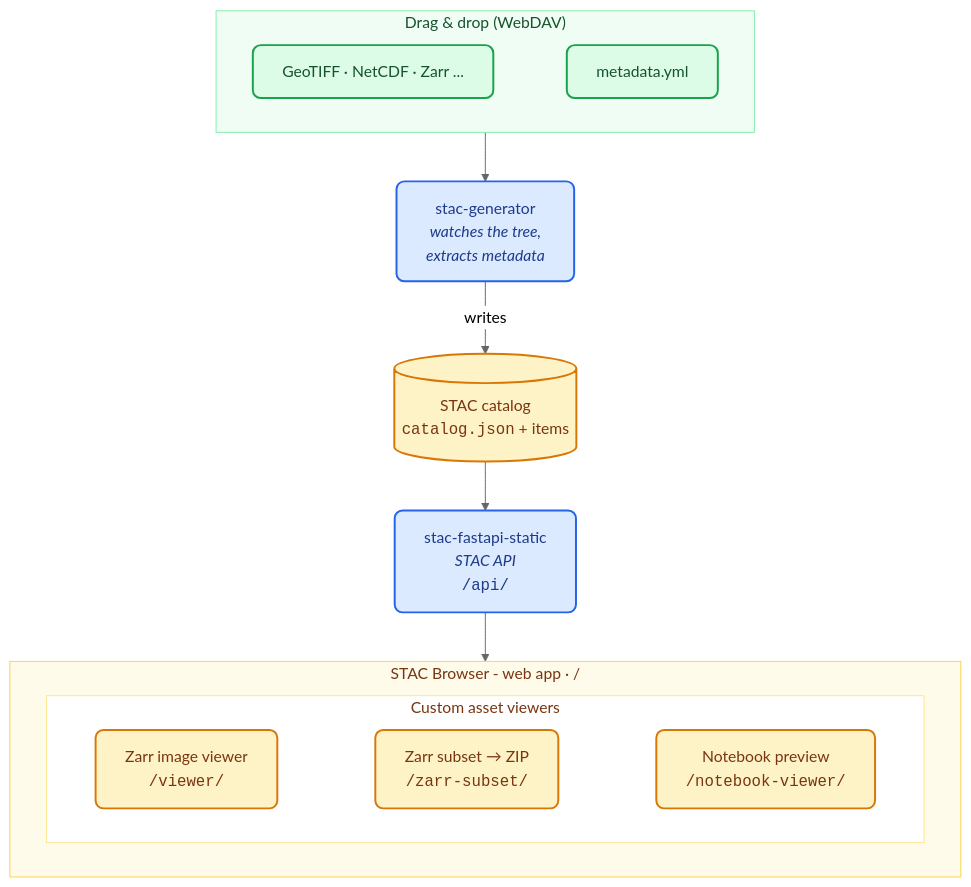
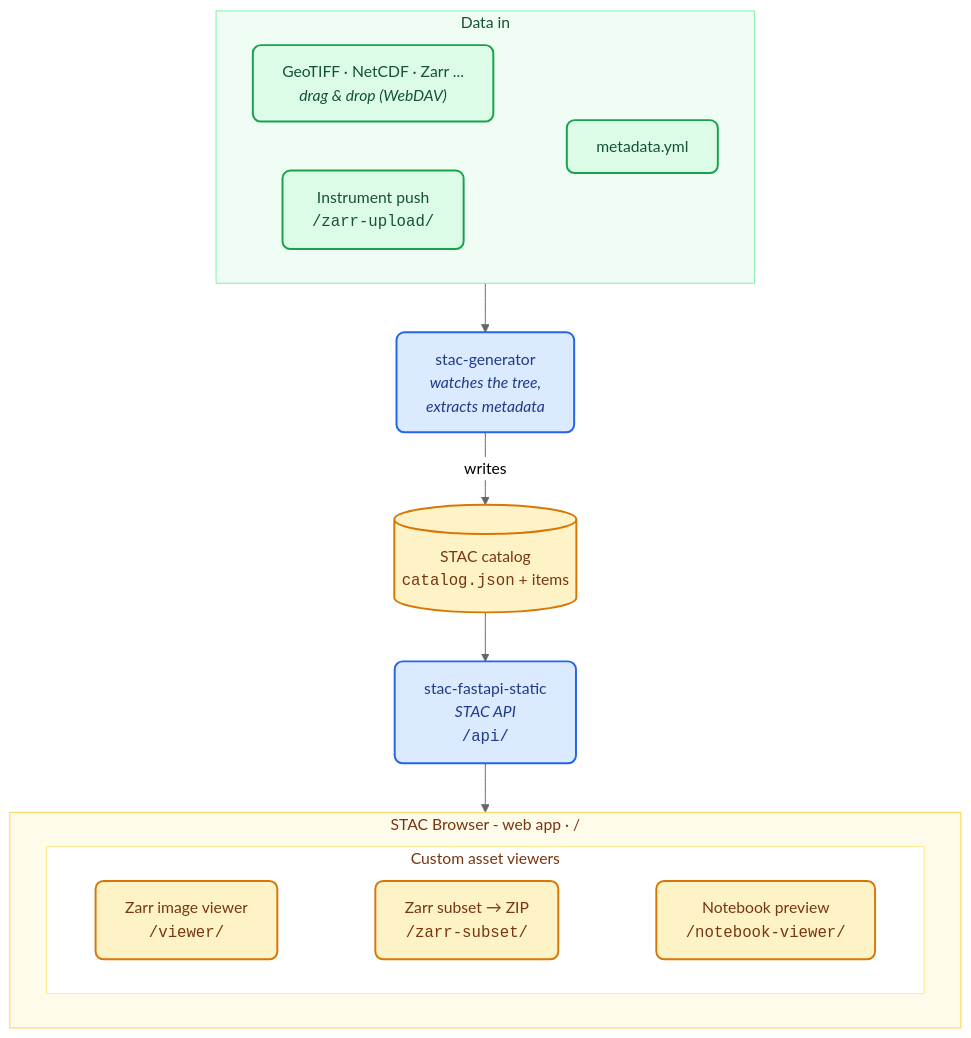
Before and after one commit to oie-mines-paristech/stac-stack: the diagram in README.md, drawn with Mermaid (neutral theme). The commit also changed other lines of this file and 8 other files, not shown here.

First line of the commit message:
Add the zarrchive upload server as a service (POST /zarr-upload/)

````diff
--- a/README.md
+++ b/README.md
@@ -25,39 +25,41 @@
 ```mermaid
 flowchart TB
-    subgraph IN["Drag & drop (WebDAV)"]
+    subgraph IN["Data in"]
         direction LR
-        A["GeoTIFF · NetCDF · Zarr ..."]
+        A["GeoTIFF · NetCDF · Zarr ...<br/><i>drag & drop (WebDAV)</i>"]
         M["metadata.yml"]
+        U["Instrument push<br/><code>/zarr-upload/</code>"]
         %% mermaid ignores `direction` unless the subgraph has an internal edge
         A ~~~ M
+        U ~~~ M
     end
 
     IN --> GEN["stac-generator<br/><i>watches the tree,<br/>extracts metadata</i>"]
     GEN -->|writes| CAT[("STAC catalog<br/><code>catalog.json</code> + items")]
     CAT --> API["stac-fastapi-static<br/><i>STAC API</i><br/><code>/api/</code>"]
 
     subgraph BR["STAC Browser - web app  ·  /"]
         direction LR
         subgraph ASSETS["Custom asset viewers"]
             direction LR
             ZV["Zarr image viewer<br/><code>/viewer/</code>"]
             ZS["Zarr subset → ZIP<br/><code>/zarr-subset/</code>"]
             NB["Notebook preview<br/><code>/notebook-viewer/</code>"]
             ZV ~~~ ZS ~~~ NB
         end
     end
 
     API --> BR
 
     classDef input fill:#dcfce7,stroke:#16a34a,stroke-width:2px,color:#14532d,rx:8,ry:8
     classDef process fill:#dbeafe,stroke:#2563eb,stroke-width:2px,color:#1e3a8a,rx:8,ry:8
     classDef resource fill:#fef3c7,stroke:#d97706,stroke-width:2px,color:#78350f,rx:8,ry:8
 
-    class A,M input
+    class A,M,U input
     class GEN,API process
     class CAT,ZV,ZS,NB resource
 
     style IN fill:#f0fdf4,stroke:#86efac,color:#14532d
     style BR fill:#fffbeb,stroke:#fcd34d,color:#78350f
     style ASSETS fill:#ffffff,stroke:#fde68a,color:#78350f
 ```
````
